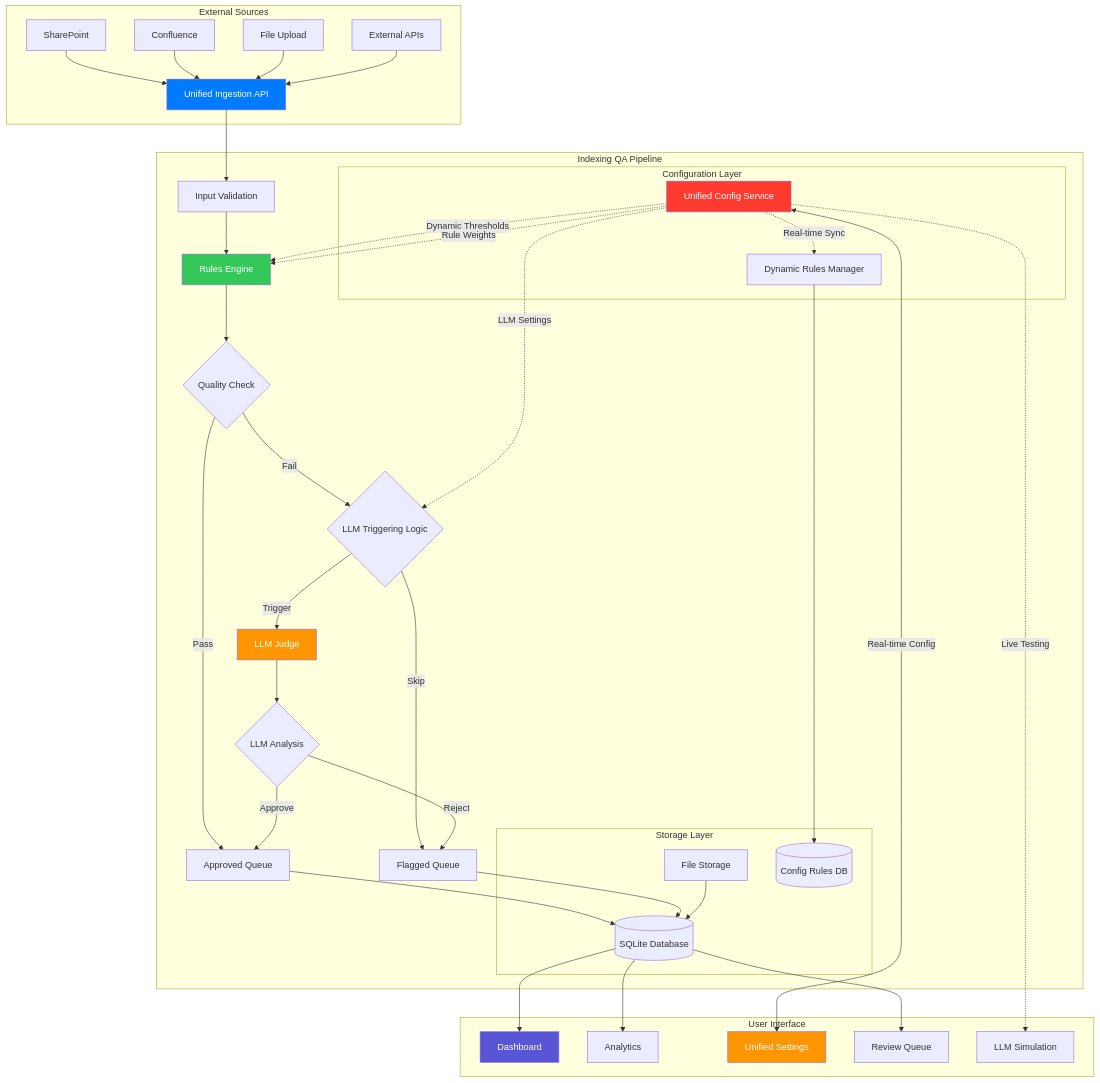
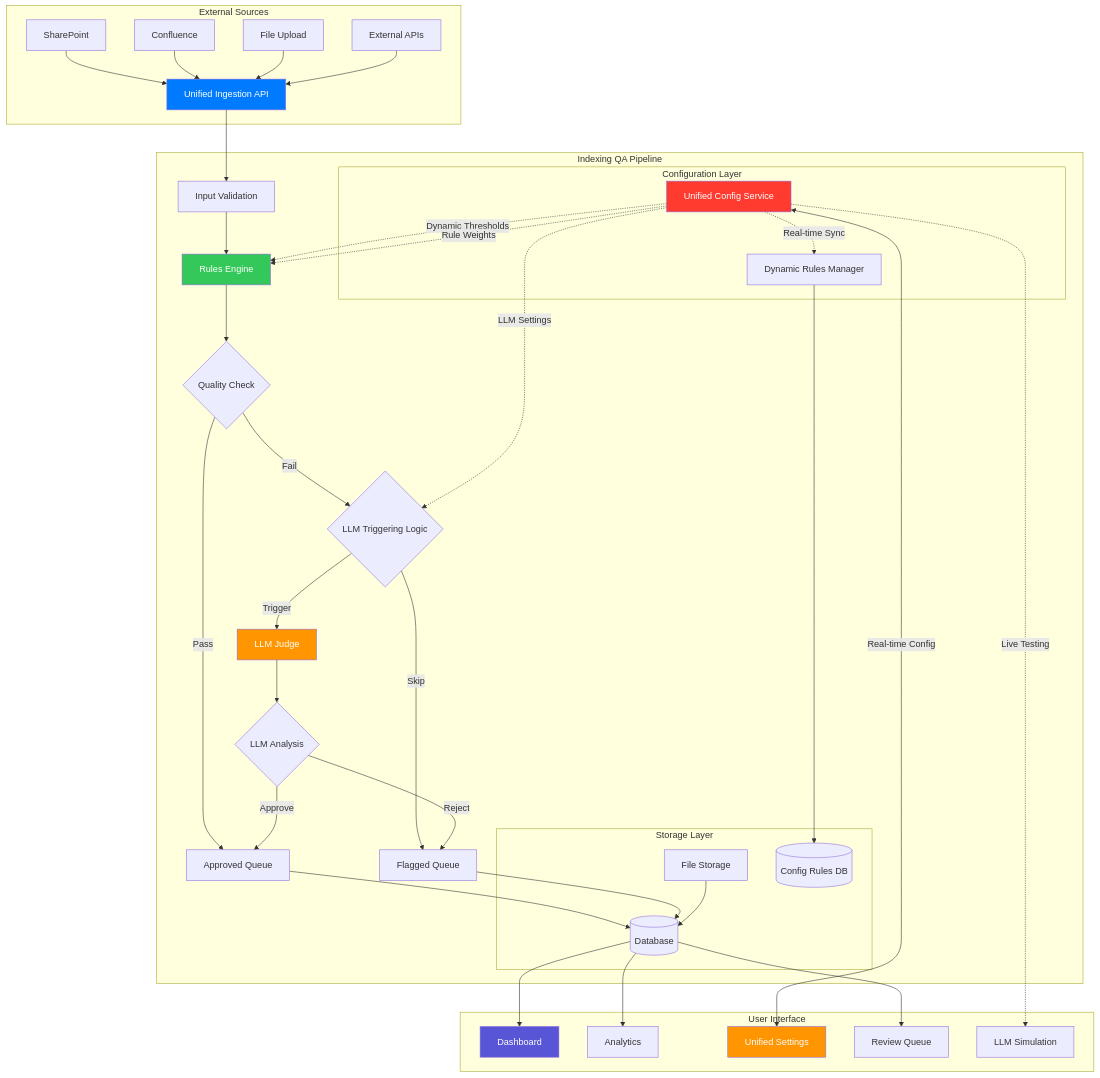
Before and after one commit to skandvijay/lucy-indexing-quality-assurance: the first of 3 diagrams in README.md, drawn with Mermaid. The commit also changed other lines of this file, not shown here.

````diff
--- a/README.md
+++ b/README.md
@@ -49,64 +49,64 @@
 ```mermaid
 graph TB
     subgraph "External Sources"
         A[SharePoint] --> D[Unified Ingestion API]
         B[Confluence] --> D
         C[File Upload] --> D
         E[External APIs] --> D
     end
     
     subgraph "Indexing QA Pipeline"
         D --> F[Input Validation]
         F --> G[Rules Engine]
         G --> H{Quality Check}
         H -->|Pass| I[Approved Queue]
         H -->|Fail| J{LLM Triggering Logic}
         J -->|Trigger| K[LLM Judge]
         J -->|Skip| L[Flagged Queue]
         K --> M{LLM Analysis}
         M -->|Approve| I
         M -->|Reject| L
         
         subgraph "Configuration Layer"
             UC[Unified Config Service]
             DRM[Dynamic Rules Manager]
             UC -.->|Real-time Sync| DRM
         end
         
         UC -.->|Dynamic Thresholds| G
         UC -.->|LLM Settings| J
         UC -.->|Rule Weights| G
         
         subgraph "Storage Layer"
-            N[(SQLite Database)]
+            N[(Database)]
             O[File Storage]
             CR[(Config Rules DB)]
         end
         
         DRM --> CR
         I --> N
         L --> N
         O --> N
     end
     
     subgraph "User Interface"
         P[Dashboard]
         Q[Analytics]
         R[Unified Settings]
         S[Review Queue]
         T[LLM Simulation]
     end
     
     N --> P
     N --> Q
     UC <-->|Real-time Config| R
     N --> S
     UC -.->|Live Testing| T
     
     style D fill:#007AFF,color:#fff
     style G fill:#34C759,color:#fff
     style K fill:#FF9500,color:#fff
     style P fill:#5856D6,color:#fff
     style UC fill:#FF3B30,color:#fff
     style R fill:#FF9500,color:#fff
 ```
````
